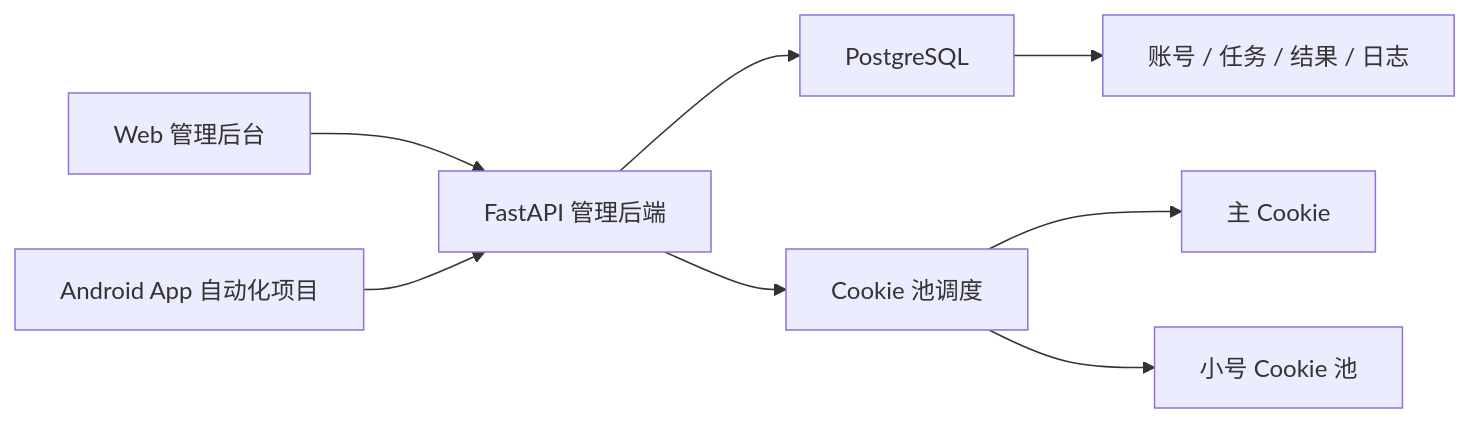
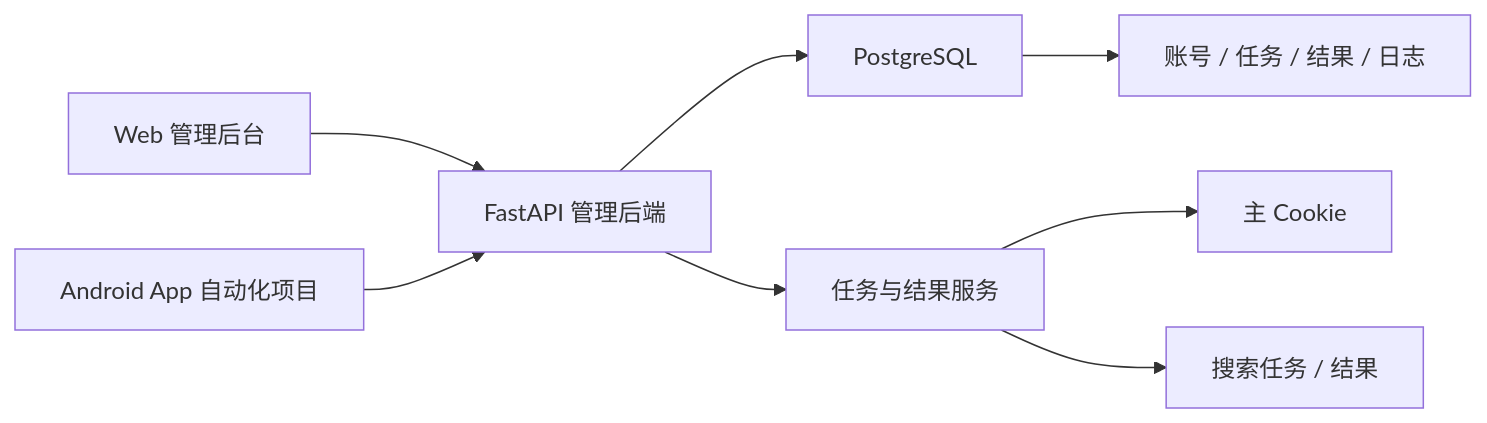
Before and after one commit to guoyanggmail/Spider_XHS: the first of 5 diagrams in docs/TECHNICAL_DESIGN.md, drawn with Mermaid. The commit also changed other lines of this file and 750 other files, not shown here.

````diff
--- a/docs/TECHNICAL_DESIGN.md
+++ b/docs/TECHNICAL_DESIGN.md
@@ -41,10 +41,10 @@
 ```mermaid
 flowchart LR
     A["Web 管理后台"] --> B["FastAPI 管理后端"]
     C["Android App 自动化项目"] --> B
     B --> D["PostgreSQL"]
-    B --> E["Cookie 池调度"]
+    B --> E["任务与结果服务"]
     D --> F["账号 / 任务 / 结果 / 日志"]
     E --> G["主 Cookie"]
-    E --> H["小号 Cookie 池"]
+    E --> H["搜索任务 / 结果"]
 ```
````
